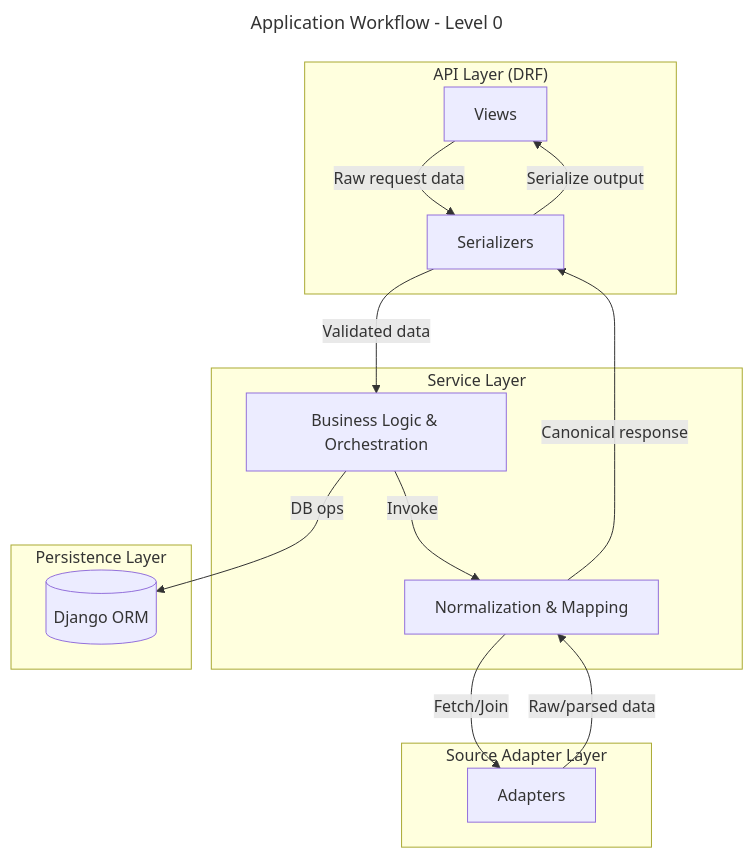
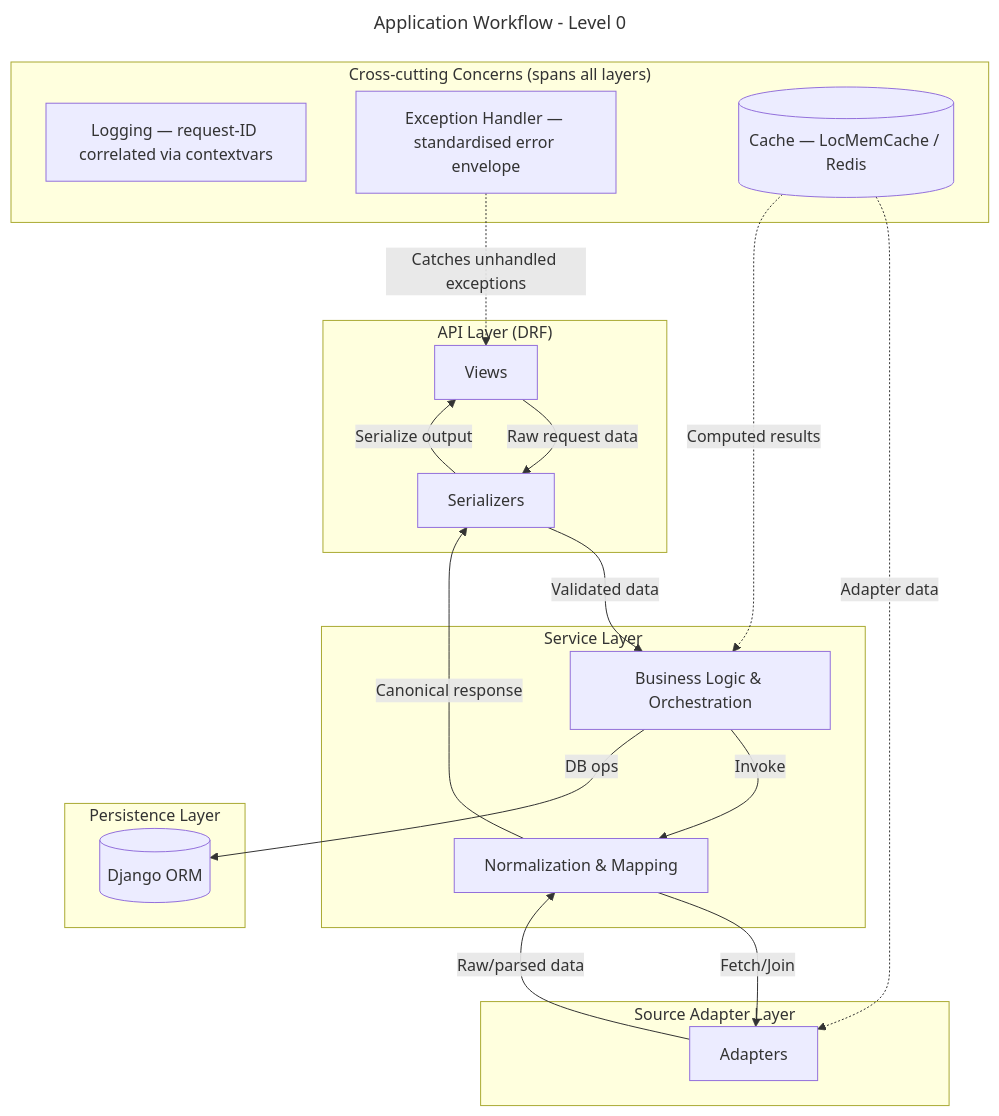
Before and after one commit to LewisCM14/django_auth: the third of 4 diagrams in docs/spec.md, drawn with Mermaid. The commit also changed other lines of this file and 6 other files, not shown here.

Commit message:
remove ldap cache, plan logging exception/error and cache setup

````diff
--- a/docs/spec.md
+++ b/docs/spec.md
@@ -129,29 +141,38 @@
 ```mermaid
 ---
 title: Application Workflow - Level 0
 ---
 flowchart TD
     subgraph API_Layer["API Layer (DRF)"]
         V[Views]
         S[Serializers]
     end
     subgraph Service_Layer[Service Layer]
         BL[Business Logic & Orchestration]
         NORM[Normalization & Mapping]
     end
     subgraph Adapter_Layer[Source Adapter Layer]
         AD["Adapters"]
     end
     subgraph Persistence_Layer[Persistence Layer]
         DB[(Django ORM)]
     end
+    subgraph Cross_Cutting["Cross-cutting Concerns (spans all layers)"]
+        LOG["Logging — request-ID correlated via contextvars"]
+        EXC["Exception Handler — standardised error envelope"]
+        CACHE[("Cache — LocMemCache / Redis")]
+    end
 
     V -->|Raw request data| S
     S -->|Validated data| BL
     BL -->|Invoke| NORM
     NORM -->|Fetch/Join| AD
     AD -->|Raw/parsed data| NORM
     BL -->|DB ops| DB
     NORM -->|Canonical response| S
     S -->|Serialize output| V
+
+    EXC -.->|Catches unhandled exceptions| V
+    CACHE -.->|Adapter data| AD
+    CACHE -.->|Computed results| BL
 ```
````
